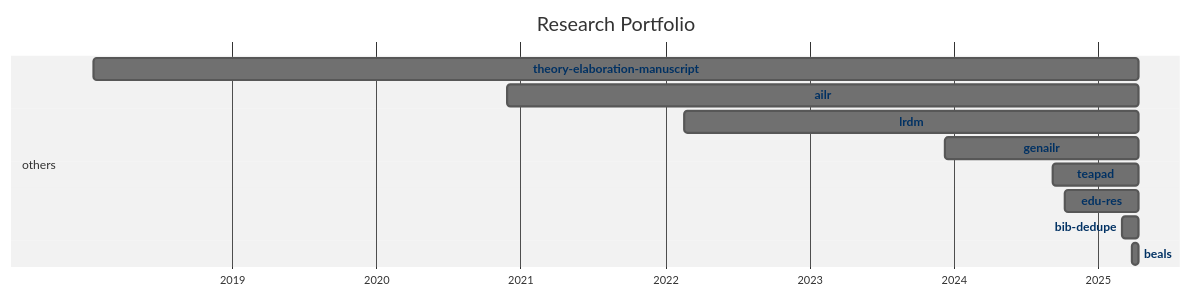
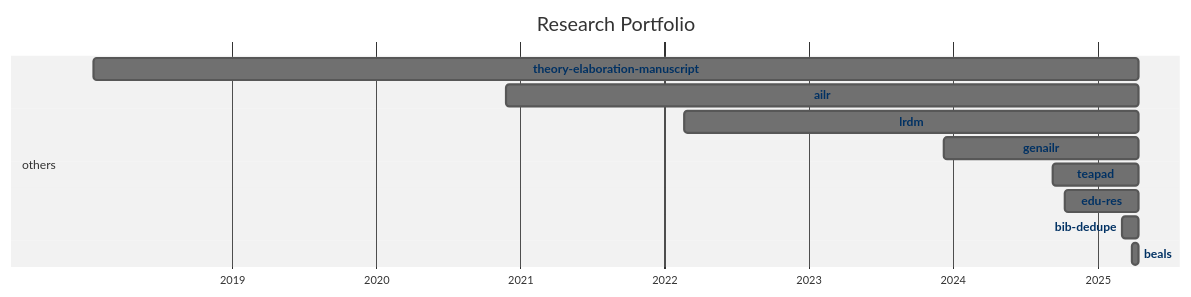
The diagram in docs/20-research/25-projects-gantt.md (digital-work-lab/handbook), drawn with Mermaid (neutral theme) before and after one commit. The commit also changed 9 other files, not shown here.

````diff
--- a/docs/20-research/25-projects-gantt.md
+++ b/docs/20-research/25-projects-gantt.md
@@ -8,35 +8,35 @@
 ```mermaid
 ---
 displayMode: compact
 ---
 gantt
 title Research Portfolio
 dateFormat YYYY-MM-DD
 axisFormat %Y
 
     section work_practices
 
     section distributed_organizing
 
     section knowledge_synthesis
 
     section others
-        beals :beals, 2025-03-28, 2025-04-14
-        bib-dedupe :bib-dedupe, 2025-03-04, 2025-04-14
-        edu-res :edu-res, 2024-10-10, 2025-04-14
-        teapad :teapad, 2024-09-10, 2025-04-14
-        genailr :genailr, 2023-12-10, 2025-04-14
-        lrdm :lrdm, 2022-02-20, 2025-04-14
-        ailr :ailr, 2020-11-26, 2025-04-14
-        theory-elaboration-manuscript :theory-elaboration-manuscript, 2018-01-15, 2025-04-14
+        beals :beals, 2025-03-28, 2025-04-15
+        bib-dedupe :bib-dedupe, 2025-03-04, 2025-04-15
+        edu-res :edu-res, 2024-10-10, 2025-04-15
+        teapad :teapad, 2024-09-10, 2025-04-15
+        genailr :genailr, 2023-12-10, 2025-04-15
+        lrdm :lrdm, 2022-02-20, 2025-04-15
+        ailr :ailr, 2020-11-26, 2025-04-15
+        theory-elaboration-manuscript :theory-elaboration-manuscript, 2018-01-15, 2025-04-15
 
 
     click beals href "{{ site.baseurl }}/docs/20-research/25-projects/_repos/beals"
     click bib-dedupe href "{{ site.baseurl }}/docs/20-research/25-projects/_repos/bib-dedupe"
     click edu-res href "{{ site.baseurl }}/docs/20-research/25-projects/_repos/edu-res"
     click teapad href "{{ site.baseurl }}/docs/20-research/25-projects/_repos/teapad"
     click genailr href "{{ site.baseurl }}/docs/20-research/25-projects/_repos/genailr"
     click lrdm href "{{ site.baseurl }}/docs/20-research/25-projects/_repos/lrdm"
     click ailr href "{{ site.baseurl }}/docs/20-research/25-projects/_repos/ailr"
     click theory-elaboration-manuscript href "{{ site.baseurl }}/docs/20-research/25-projects/_repos/theory-elaboration-manuscript"
 ```
````
